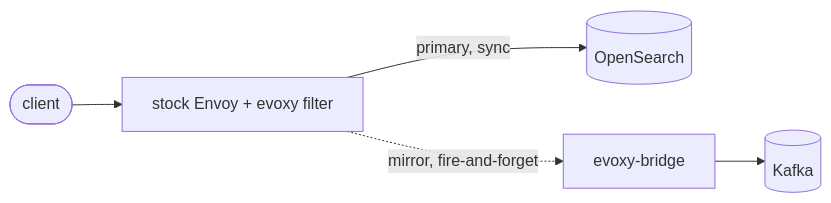
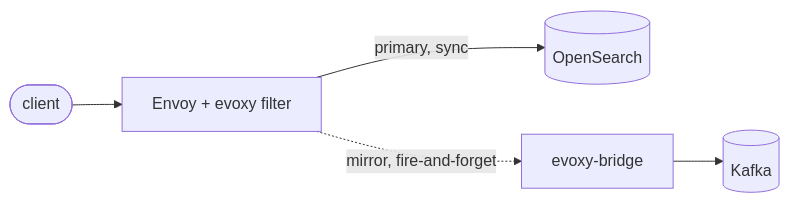
Before and after one commit to huyz0/envoy-osproxy: the diagram in docs/guide/09-capture-and-fanout.md, drawn with Mermaid. The commit also changed 10 other files, not shown here.

First line of the commit message:
docs: drop the repeated "stock/unmodified Envoy" framing from user-facing docs

````diff
--- a/docs/guide/09-capture-and-fanout.md
+++ b/docs/guide/09-capture-and-fanout.md
@@ -20,7 +20,7 @@
 ```mermaid
 flowchart LR
-  client([client]) --> envoy[stock Envoy + evoxy filter]
+  client([client]) --> envoy[Envoy + evoxy filter]
   envoy -->|primary, sync| os[(OpenSearch)]
   envoy -.->|mirror, fire-and-forget| bridge[evoxy-bridge]
   bridge --> kafka[(Kafka)]
 ```
````
